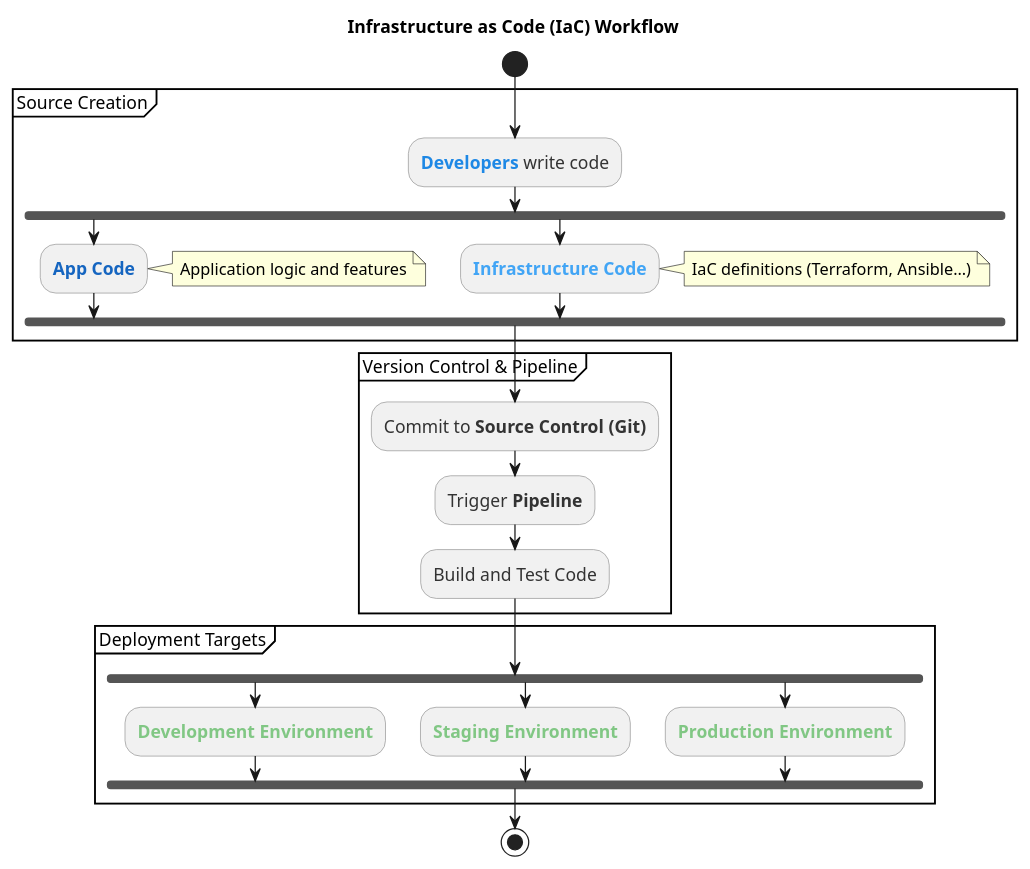
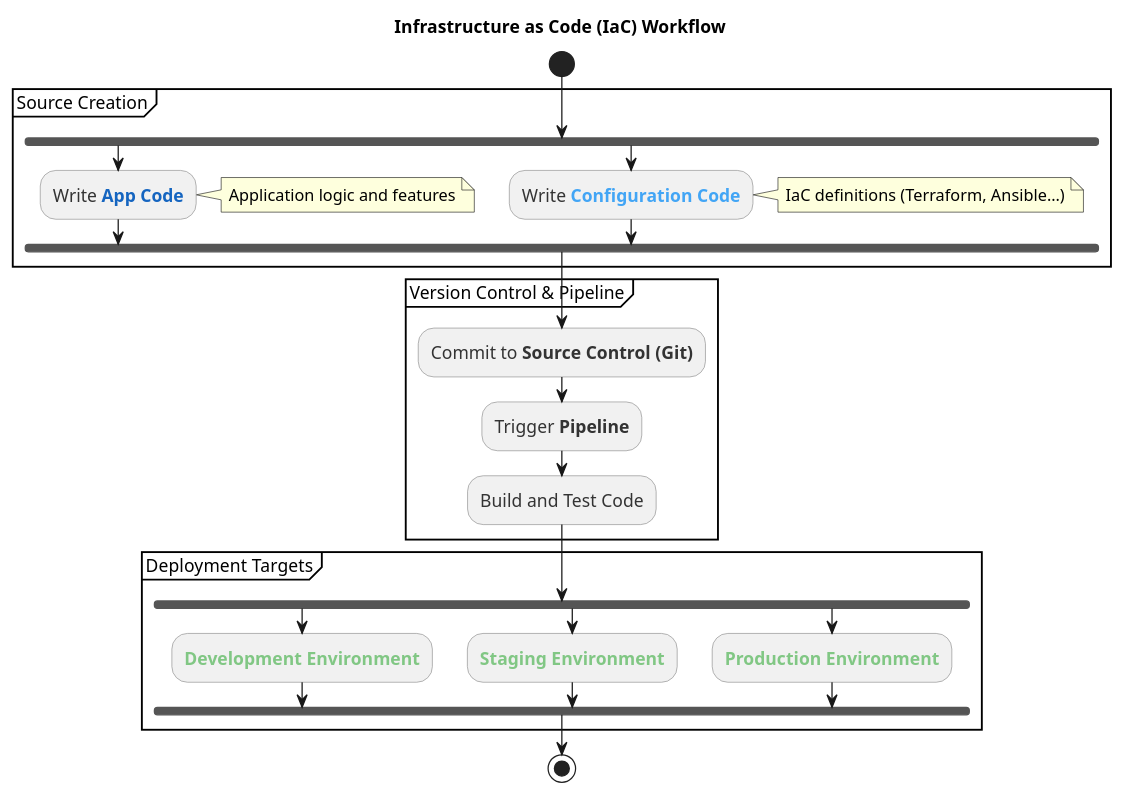
The diagram in deployment/iac.pu (CVUT-FS-12110/Information-technology), drawn with PlantUML before and after one commit.

Commit message:
Minor adjustment in iac diagram

```diff
--- a/deployment/iac.pu
+++ b/deployment/iac.pu
@@ -1,41 +1,40 @@
 @startuml
 title **Infrastructure as Code (IaC) Workflow**
 
 skinparam activity {
   BorderColor #888888
   FontColor #333333
   RoundCorner 10
   FontSize 14
 }
 
 start
 
 partition "Source Creation" {
-  :<b><color:#1E88E5>Developers</color></b> write code;
   fork
-    :<b><color:#1565C0>App Code</color></b>;
+    :Write <b><color:#1565C0>App Code</color></b>;
     note right: Application logic and features
   fork again
-    :<b><color:#42A5F5>Infrastructure Code</color></b>;
+    :Write <b><color:#42A5F5>Configuration Code</color></b>;
     note right: IaC definitions (Terraform, Ansible…)
   end fork
 }
 
 partition "Version Control & Pipeline" {
   :Commit to <b>Source Control (Git)</b>;
   :Trigger <b>Pipeline</b>;
   :Build and Test Code;
 }
 
 partition "Deployment Targets" {
   fork
     :<b><color:#81C784>Development Environment</color></b>;
   fork again
     :<b><color:#81C784>Staging Environment</color></b>;
   fork again
     :<b><color:#81C784>Production Environment</color></b>;
   end fork
 }
 
 stop
 @enduml
```
